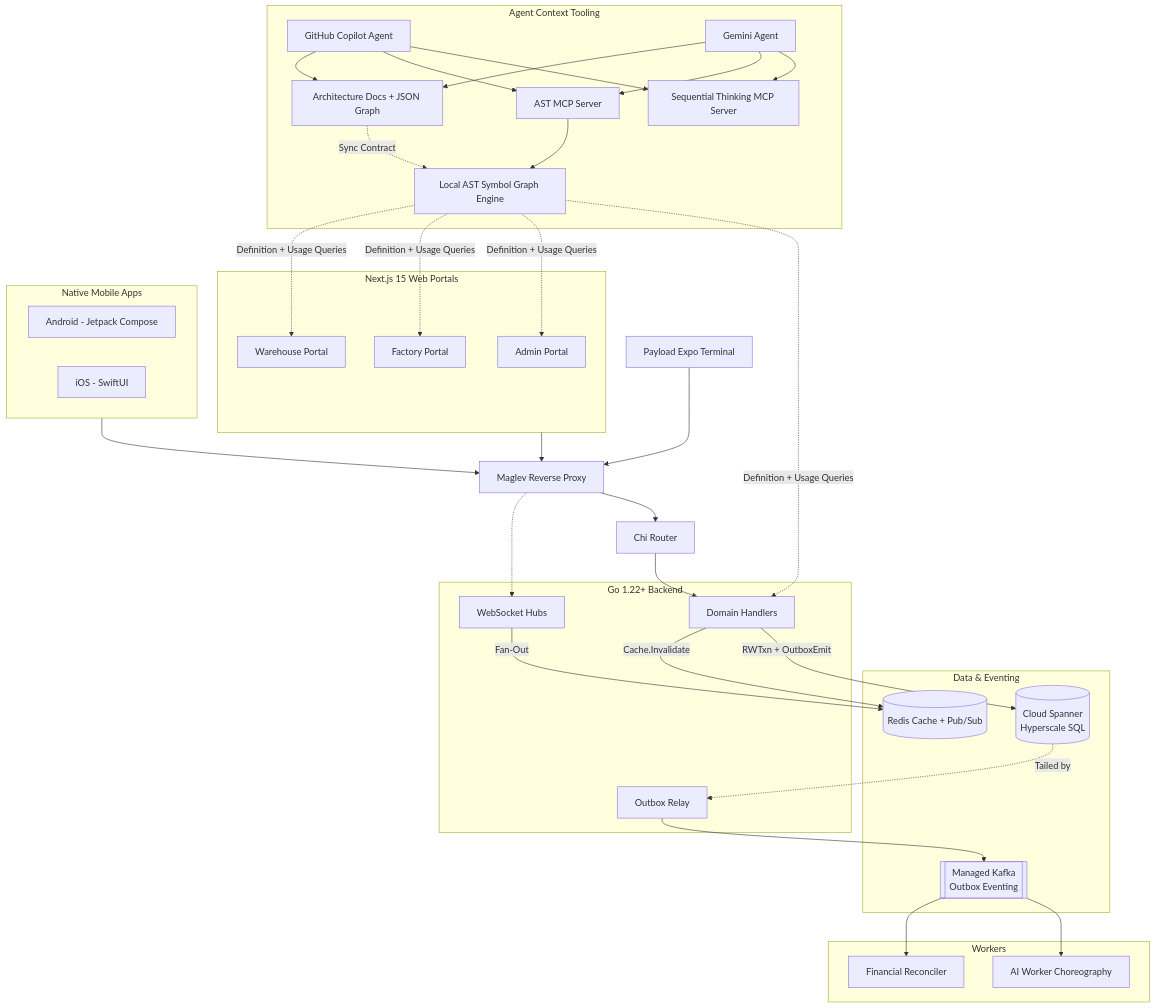
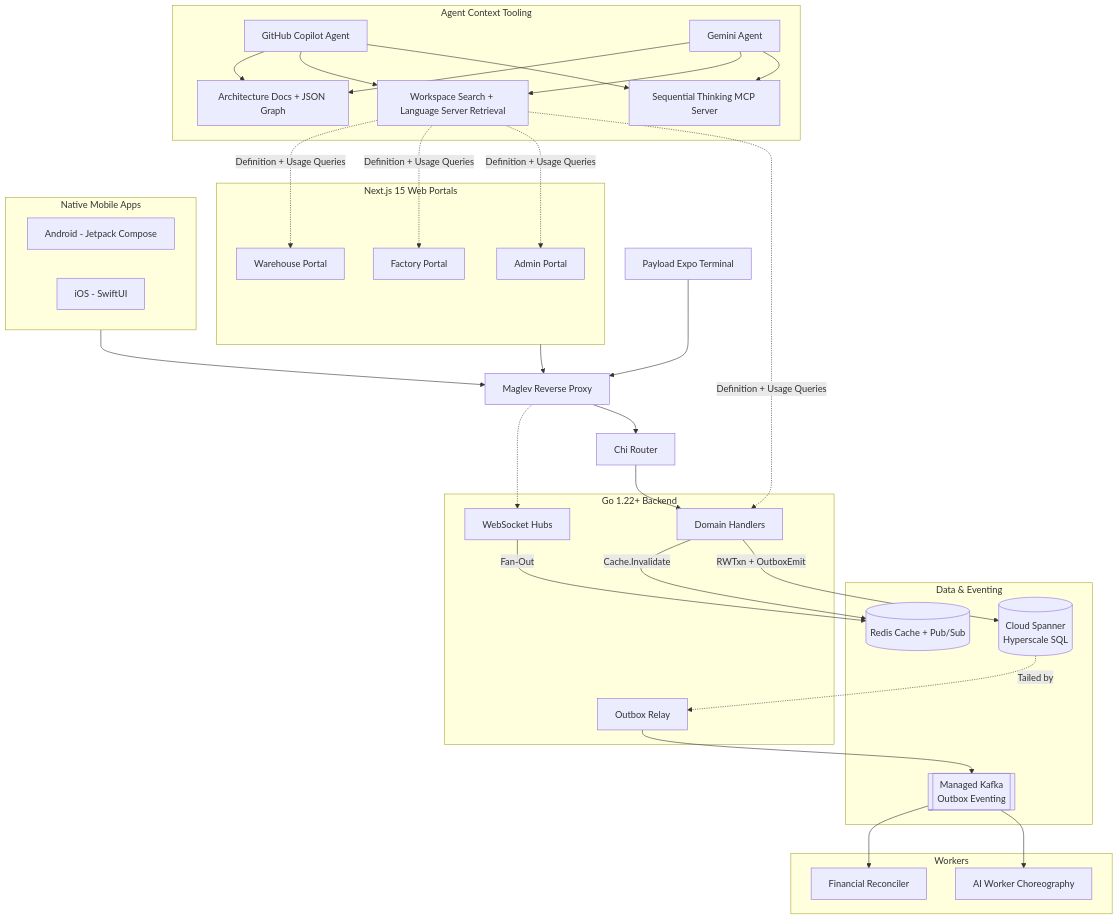
Before and after one commit to CYBERSTALKER07/ATOMOS: the diagram in pegasus/context/architecture.md, drawn with Mermaid. The commit also changed other lines of this file and 20 other files, not shown here.

Commit message:
feat: replace AST MCP tools with targeted workspace retrieval methods across documentation and scripts

````diff
--- a/pegasus/context/architecture.md
+++ b/pegasus/context/architecture.md
@@ -5,82 +5,79 @@
 ```mermaid
 graph TD
     %% Core Infrastructure
     Maglev[Maglev Reverse Proxy]
     Router[Chi Router]
 
     subgraph Data & Eventing
         Spanner[(Cloud Spanner\nHyperscale SQL)]
         Redis[(Redis Cache + Pub/Sub)]
         Kafka[[Managed Kafka\nOutbox Eventing]]
     end
 
     subgraph Backend [Go 1.22+ Backend]
         Handlers[Domain Handlers]
         WSHubs[WebSocket Hubs]
         OutboxRelay[Outbox Relay]
     end
 
     subgraph Workers
         AIWorker[AI Worker Choreography]
         Reconciler[Financial Reconciler]
     end
 
     %% Web Clients
     subgraph Web [Next.js 15 Web Portals]
         AP[Admin Portal]
         FP[Factory Portal]
         WP[Warehouse Portal]
     end
 
     %% Mobile Clients
     subgraph Mobile [Native Mobile Apps]
         Droid[Android - Jetpack Compose]
         iOS[iOS - SwiftUI]
     end
 
     %% Terminal Clients
     Terminal[Payload Expo Terminal]
 
     %% Agent Context Tooling
     subgraph AgentContext [Agent Context Tooling]
         Copilot[GitHub Copilot Agent]
         Gemini[Gemini Agent]
         SeqThinking[Sequential Thinking MCP Server]
-        MCPServer[AST MCP Server]
-        ASTEngine[Local AST Symbol Graph Engine]
+        Retrieval[Workspace Search + Language Server Retrieval]
         ArchDocs[Architecture Docs + JSON Graph]
     end
 
     %% Wiring
     Web --> Maglev
     Mobile --> Maglev
     Terminal --> Maglev
 
     Copilot --> SeqThinking
     Gemini --> SeqThinking
-    Copilot --> MCPServer
-    Gemini --> MCPServer
-    MCPServer --> ASTEngine
+    Copilot --> Retrieval
+    Gemini --> Retrieval
     Copilot --> ArchDocs
     Gemini --> ArchDocs
-    ArchDocs -.Sync Contract.-> ASTEngine
     
     Maglev --> Router
     Maglev -.-> WSHubs
     
     Router --> Handlers
     Handlers -->|RWTxn + OutboxEmit| Spanner
     Handlers -->|Cache.Invalidate| Redis
     WSHubs -->|Fan-Out| Redis
     
     Spanner -.->|Tailed by| OutboxRelay
     OutboxRelay --> Kafka
 
-    ASTEngine -.Definition + Usage Queries.-> Handlers
-    ASTEngine -.Definition + Usage Queries.-> AP
-    ASTEngine -.Definition + Usage Queries.-> FP
-    ASTEngine -.Definition + Usage Queries.-> WP
+    Retrieval -.Definition + Usage Queries.-> Handlers
+    Retrieval -.Definition + Usage Queries.-> AP
+    Retrieval -.Definition + Usage Queries.-> FP
+    Retrieval -.Definition + Usage Queries.-> WP
     
     Kafka --> AIWorker
     Kafka --> Reconciler
 ```
````
